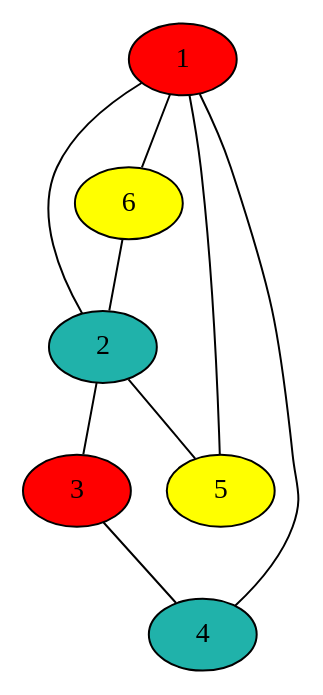
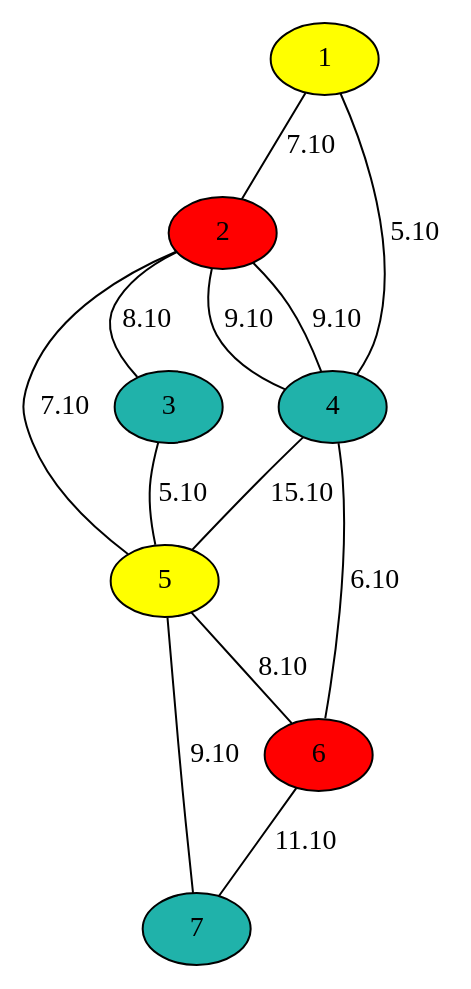
The diagram in Dothivohuong/dothitomau.dot (vutuankiet4599/github-toanroirac), drawn with Graphviz before and after one commit. The commit also changed 21 other files, not shown here.

```diff
--- a/Dothivohuong/dothitomau.dot
+++ b/Dothivohuong/dothitomau.dot
@@ -1,16 +1,21 @@
 graph dothi{
-1 [fillcolor=red, style=filled];
-2 [fillcolor=lightseagreen, style=filled];
-3 [fillcolor=red, style=filled];
+2 [fillcolor=red, style=filled];
 4 [fillcolor=lightseagreen, style=filled];
 5 [fillcolor=yellow, style=filled];
-6 [fillcolor=yellow, style=filled];
-1 -- 2;
-2 -- 3;
-3 -- 4;
-4 -- 1;
-1 -- 5;
-1 -- 6;
-2 -- 5;
-6 -- 2;
+6 [fillcolor=red, style=filled];
+7 [fillcolor=lightseagreen, style=filled];
+1 [fillcolor=yellow, style=filled];
+3 [fillcolor=lightseagreen, style=filled];
+1--2 [label="7.10"]
+1--4 [label="5.10"]
+2--4 [label="9.10"]
+2--3 [label="8.10"]
+2--5 [label="7.10"]
+2--4 [label="9.10"]
+3--5 [label="5.10"]
+4--6 [label="6.10"]
+4--5 [label="15.10"]
+5--6 [label="8.10"]
+5--7 [label="9.10"]
+6--7 [label="11.10"]
 }
```
